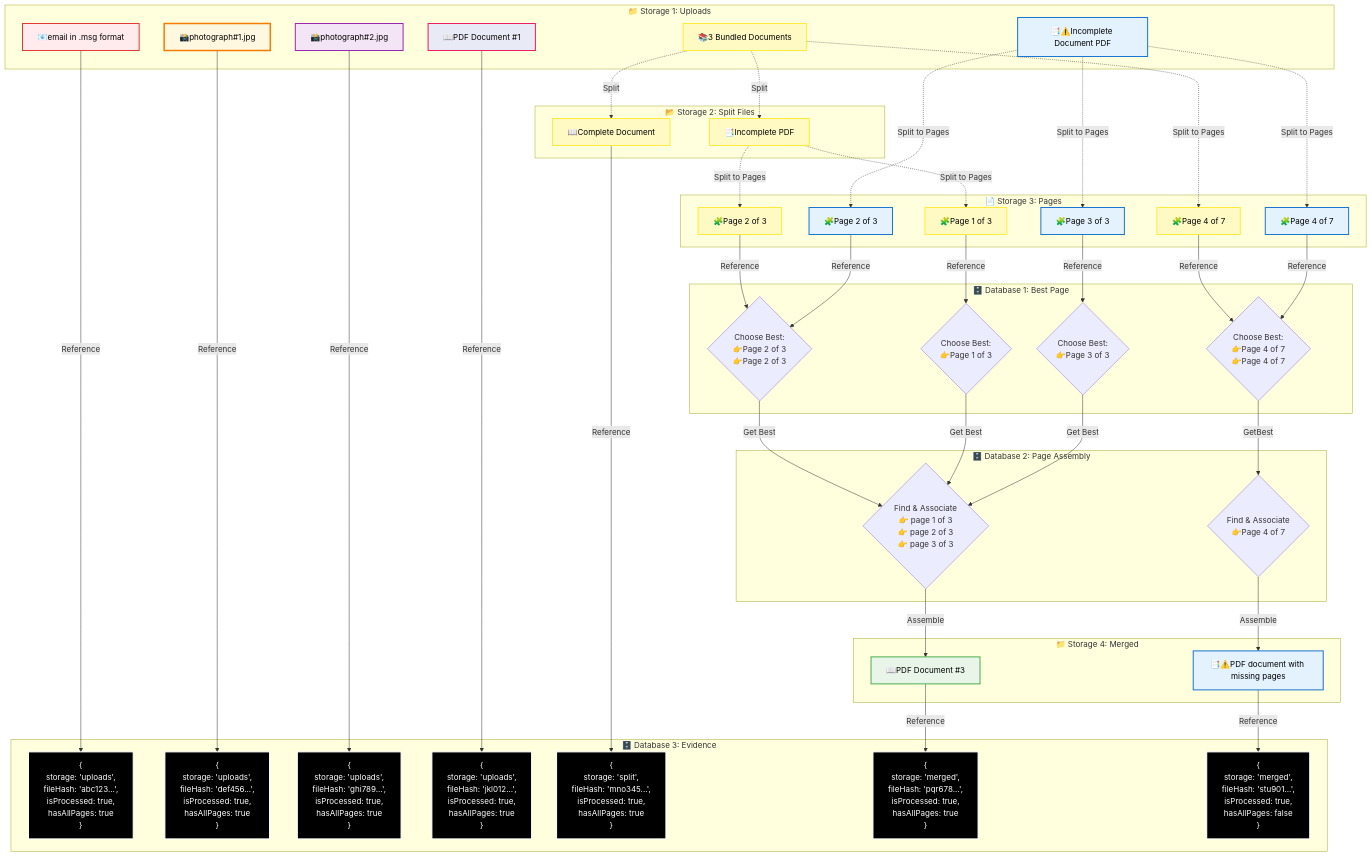
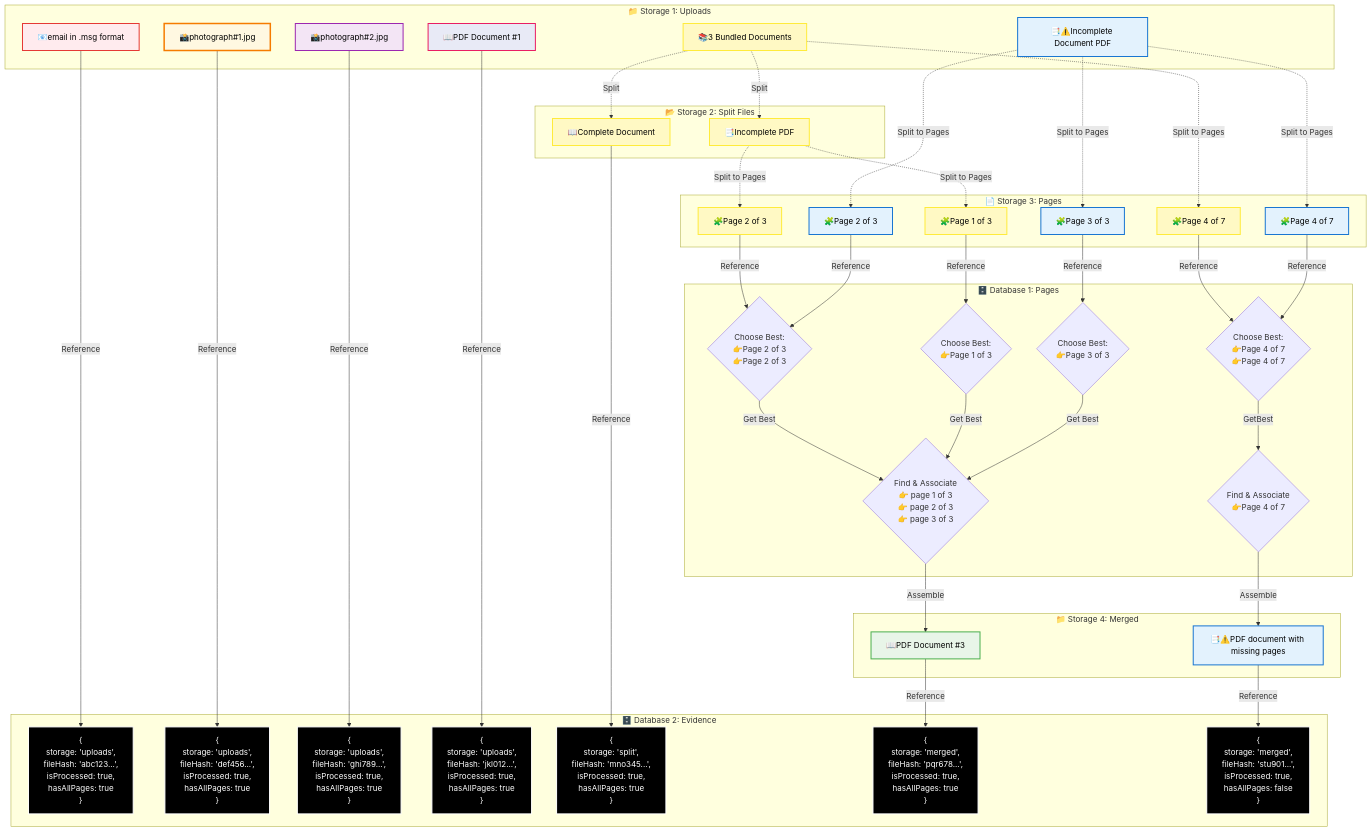
One commit to Mharbulous/Bookkeeper changed the diagram in docs/Document-Processing-Workflow.md. Above: the diagram before and after it, drawn with Mermaid.

Commit message:
Version 1.1 of Document Process Workflow

```diff
--- a/docs/Document-Processing-Workflow.md
+++ b/docs/Document-Processing-Workflow.md
@@ -38,18 +38,13 @@
         OnePage_split["🧩Page 4 of 7"]
     end
 
-    subgraph Col4 ["🗄️ Database 2: Page Assembly"]
-        MergedDoc{"Find & Associate<br/>👉 page 1 of 3<br/>👉 page 2 of 3<br/>👉 page 3 of 3"}
-        FindsPages{"Find & Associate<br/>👉Page 4 of 7"}
-    end
-
     subgraph Col5 ["📁 Storage 4: Merged"]
         CompleteMerged["📖PDF Document #3"]
         IncompleteFinal["📑⚠️PDF document with missing pages"]
 
     end
 
-    subgraph DB3 ["🗄️ Database 3: Evidence"]
+    subgraph DB3 ["🗄️ Database 2: Evidence"]
         EmailRef["{<br/>  storage: 'uploads',<br/>  fileHash: 'abc123...',<br/>  isProcessed: true,<br/>  hasAllPages: true<br/>}"]
         Photo1Ref["{<br/>  storage: 'uploads',<br/>  fileHash: 'def456...',<br/>  isProcessed: true,<br/>  hasAllPages: true<br/>}"]
         Photo2Ref["{<br/>  storage: 'uploads',<br/>  fileHash: 'ghi789...',<br/>  isProcessed: true,<br/>  hasAllPages: true<br/>}"]
@@ -59,11 +54,13 @@
         IncompleteFinalRef["{<br/>  storage: 'merged',<br/>  fileHash: 'stu901...',<br/>  isProcessed: true,<br/>  hasAllPages: false<br/>}"]
     end
 
-    subgraph DB1 ["🗄️ Database 1: Best Page"]
+    subgraph DB1 ["🗄️ Database 1: Pages"]
         ChooseBestCopy3{"Choose Best:<br/>👉Page 1 of 3"}
         ChooseBestCopy2{"Choose Best:<br/>👉Page 2 of 3<br/>👉Page 2 of 3"}
         ChooseBestCopy4{"Choose Best:<br/>👉Page 3 of 3"}
         ChooseBestCopy{"Choose Best:<br/>👉Page 4 of 7<br/>👉Page 4 of 7"}
+        MergedDoc{"Find & Associate<br/>👉 page 1 of 3<br/>👉 page 2 of 3<br/>👉 page 3 of 3"}
+        FindsPages{"Find & Associate<br/>👉Page 4 of 7"}
     end
 
     %% Flow from Storage 1 to Database 3 (Evidence Pointers)
@@ -102,17 +99,17 @@
     SoloPage1 -->|Reference| ChooseBestCopy3
     PageRaw3 -->|Reference| ChooseBestCopy4
 
-    %% Flow from Database 1 to Database 2 - Decision nodes to merged document
+    %% Flow within Database 1 - Decision nodes to assembly document
     ChooseBestCopy2 -->|Get Best| MergedDoc
     ChooseBestCopy3 -->|Get Best| MergedDoc
     ChooseBestCopy4 -->|Get Best| MergedDoc
     ChooseBestCopy -->|GetBest| FindsPages
 
-    %% Flow from Database 2 to Storage 5
+    %% Flow from Database 1 to Storage 4
     MergedDoc -->|Assemble| CompleteMerged
     FindsPages -->|Assemble| IncompleteFinal
-    
-    %% Flow from Storage 5 to Database 3 (Evidence Pointers)
+
+    %% Flow from Storage 4 to Database 3 (Evidence Pointers)
     CompleteMerged -->|Reference| CompleteMergedRef
     IncompleteFinal -->|Reference| IncompleteFinalRef
 
@@ -155,7 +152,7 @@
 
     %% Photo Document #1 Family (Light Amber)
     class PhotoOfDoc photoTwoFamily
-    
+
     %% Evidence Reference Nodes (Database Objects)
     class EmailRef,Photo1Ref,Photo2Ref,PdfRef,CompleteSplitRef,CompleteMergedRef,IncompleteFinalRef databaseObject
 
```
